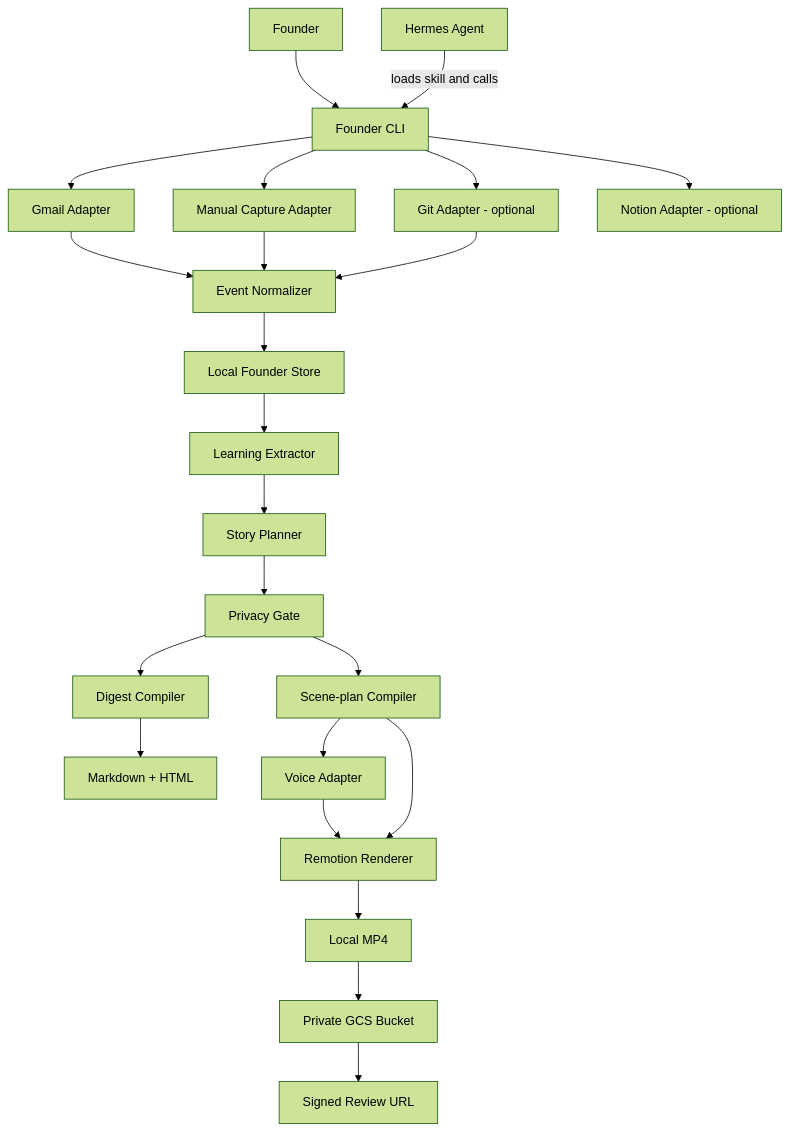
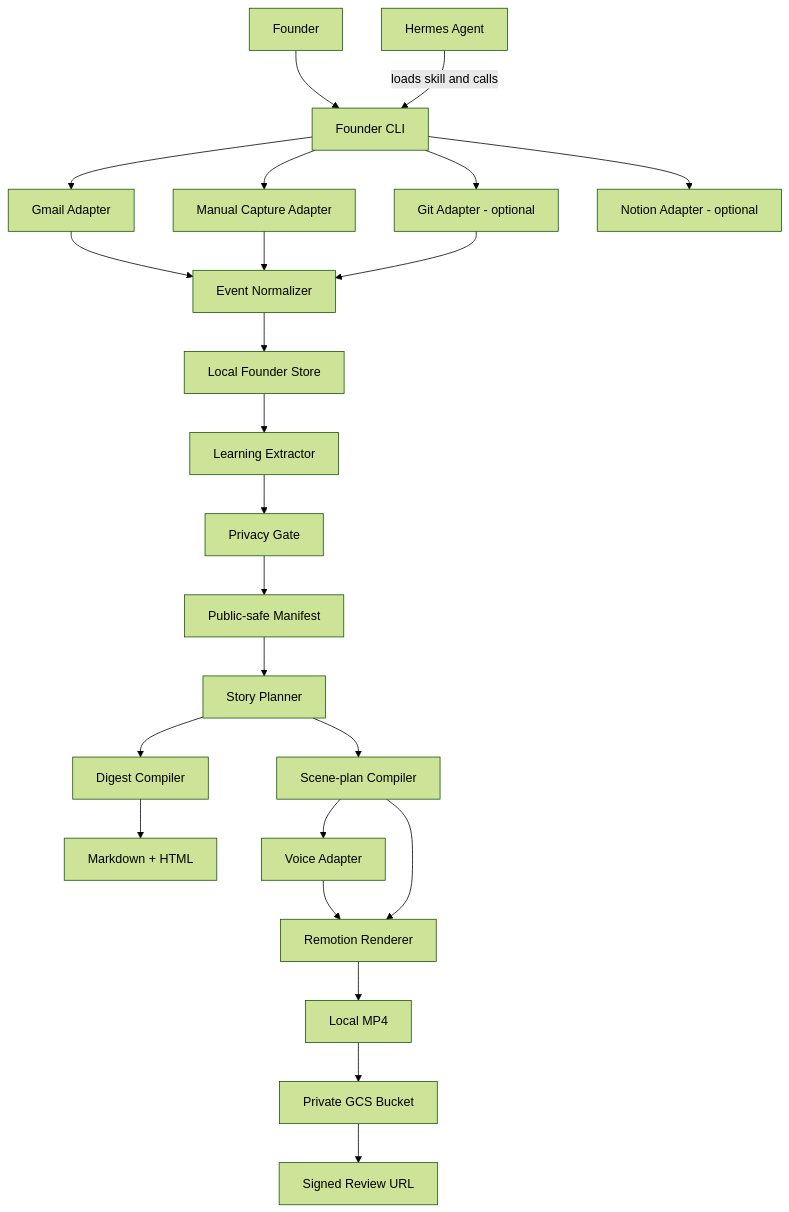
One commit to erickch123/founder-build-in-public changed the first of 3 diagrams in docs/ARCHITECTURE.md. Above: the diagram before and after it, drawn with Mermaid (forest theme). The commit also changed other lines of this file and 32 other files, not shown here.

````diff
--- a/docs/ARCHITECTURE.md
+++ b/docs/ARCHITECTURE.md
@@ -33,30 +33,31 @@
 ```mermaid
 flowchart TB
     U[Founder] --> CLI[Founder CLI]
     H[Hermes Agent] -->|loads skill and calls| CLI
 
     CLI --> GM[Gmail Adapter]
     CLI --> CAP[Manual Capture Adapter]
     CLI --> GIT[Git Adapter - optional]
     CLI --> NOTION[Notion Adapter - optional]
 
     GM --> NORM[Event Normalizer]
     CAP --> NORM
     GIT --> NORM
 
     NORM --> STORE[Local Founder Store]
     STORE --> EXTRACT[Learning Extractor]
-    EXTRACT --> STORY[Story Planner]
-    STORY --> PRIV[Privacy Gate]
-    PRIV --> DIGEST[Digest Compiler]
-    PRIV --> SCENES[Scene-plan Compiler]
+    EXTRACT --> PRIV[Privacy Gate]
+    PRIV --> MANIFEST[Public-safe Manifest]
+    MANIFEST --> STORY[Story Planner]
+    STORY --> DIGEST[Digest Compiler]
+    STORY --> SCENES[Scene-plan Compiler]
 
     SCENES --> VOICE[Voice Adapter]
     SCENES --> REMOTION[Remotion Renderer]
     VOICE --> REMOTION
 
     REMOTION --> OUTPUT[Local MP4]
     OUTPUT --> GCS[Private GCS Bucket]
     GCS --> URL[Signed Review URL]
     DIGEST --> OUTPUTS[Markdown + HTML]
 ```
````
